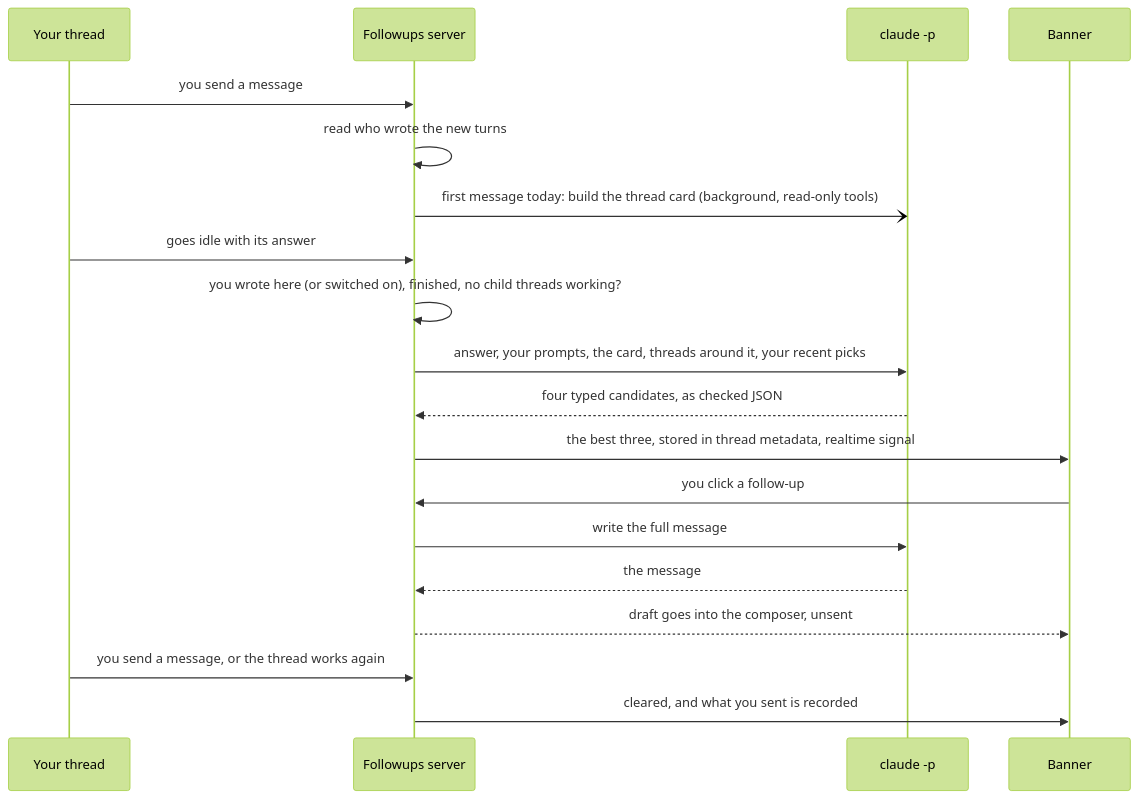
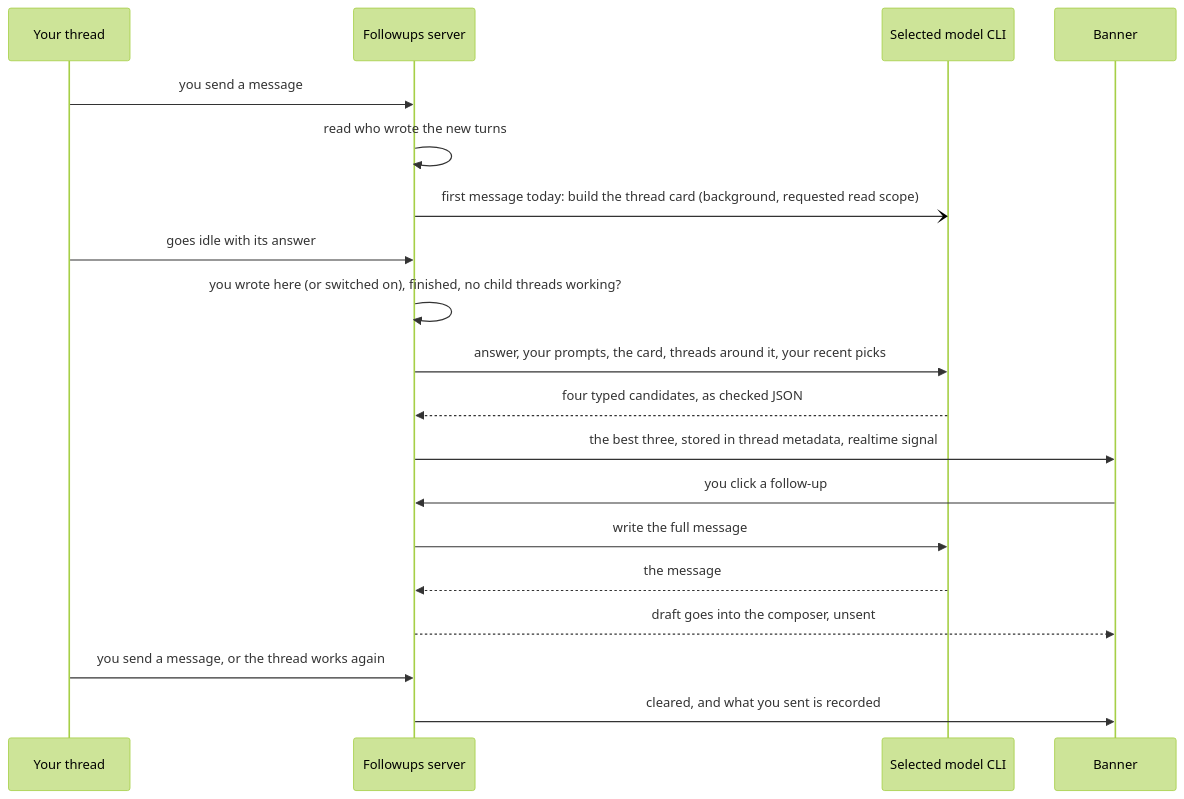
The diagram in README.md (merllinsbeard/bb-plugin-followups), drawn with Mermaid (forest theme) before and after one commit. The commit also changed other lines of this file and 27 other files, not shown here.

````diff
--- a/README.md
+++ b/README.md
@@ -172,21 +175,21 @@
 ```mermaid
 sequenceDiagram
     participant T as Your thread
     participant S as Followups server
-    participant C as claude -p
+    participant C as Selected model CLI
     participant B as Banner
     T->>S: you send a message
     S->>S: read who wrote the new turns
-    S-)C: first message today: build the thread card (background, read-only tools)
+    S-)C: first message today: build the thread card (background, requested read scope)
     T->>S: goes idle with its answer
     S->>S: you wrote here (or switched on), finished, no child threads working?
     S->>C: answer, your prompts, the card, threads around it, your recent picks
     C-->>S: four typed candidates, as checked JSON
     S->>B: the best three, stored in thread metadata, realtime signal
     B->>S: you click a follow-up
     S->>C: write the full message
     C-->>S: the message
     S-->>B: draft goes into the composer, unsent
     T->>S: you send a message, or the thread works again
     S->>B: cleared, and what you sent is recorded
 ```
````
